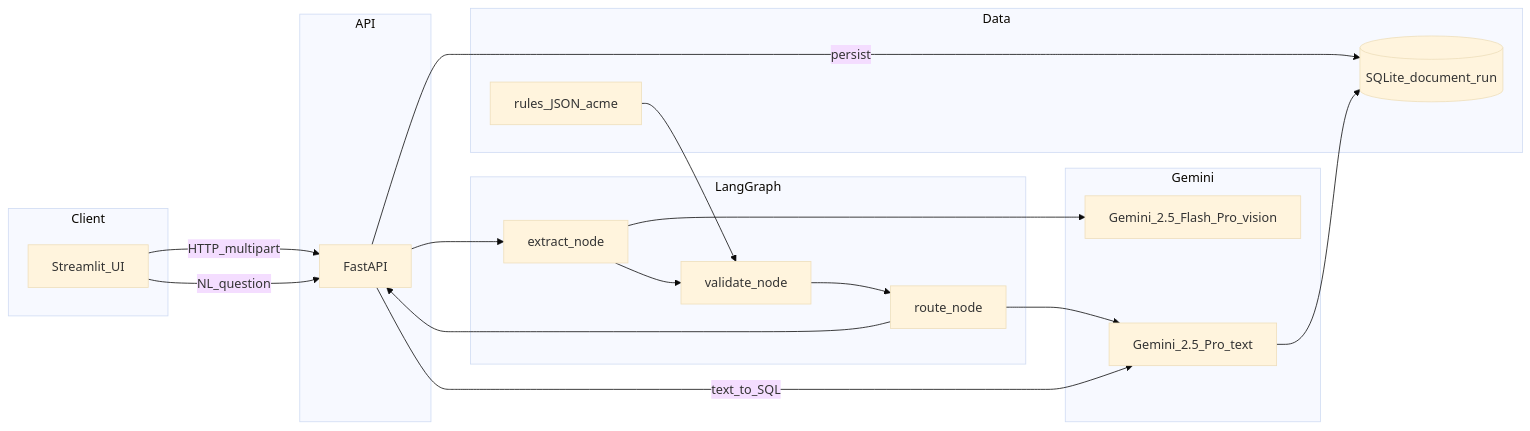
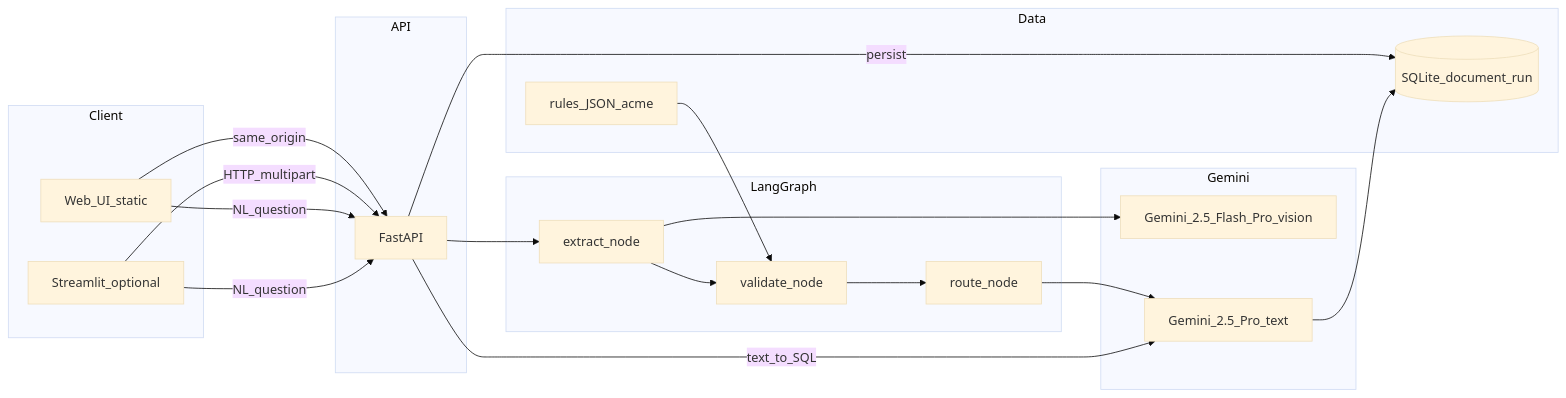
Before and after one commit to reethj-07/Multi-Agent-Trade-Validator: the diagram in docs/TECH_WRITEUP.md, drawn with Mermaid (base theme). The commit also changed other lines of this file and 11 other files, not shown here.

````diff
--- a/docs/TECH_WRITEUP.md
+++ b/docs/TECH_WRITEUP.md
@@ -9,34 +9,36 @@
 ```mermaid
 flowchart LR
   subgraph client [Client]
-    ST[Streamlit_UI]
+    WEB[Web_UI_static]
+    ST[Streamlit_optional]
   end
   subgraph api [API]
     FA[FastAPI]
   end
   subgraph graph [LangGraph]
     EX[extract_node]
     VA[validate_node]
     RO[route_node]
   end
   subgraph llm [Gemini]
     GV[Gemini_2.5_Flash_Pro_vision]
     GQ[Gemini_2.5_Pro_text]
   end
   subgraph data [Data]
     RU[rules_JSON_acme]
     DB[(SQLite_document_run)]
   end
+  WEB -->|same_origin| FA
   ST -->|HTTP_multipart| FA
   FA --> EX
   EX --> GV
   EX --> VA
   RU --> VA
   VA --> RO
   RO --> GQ
-  RO --> FA
   FA -->|persist| DB
+  WEB -->|NL_question| FA
   ST -->|NL_question| FA
   FA -->|text_to_SQL| GQ
   GQ --> DB
 ```
````
